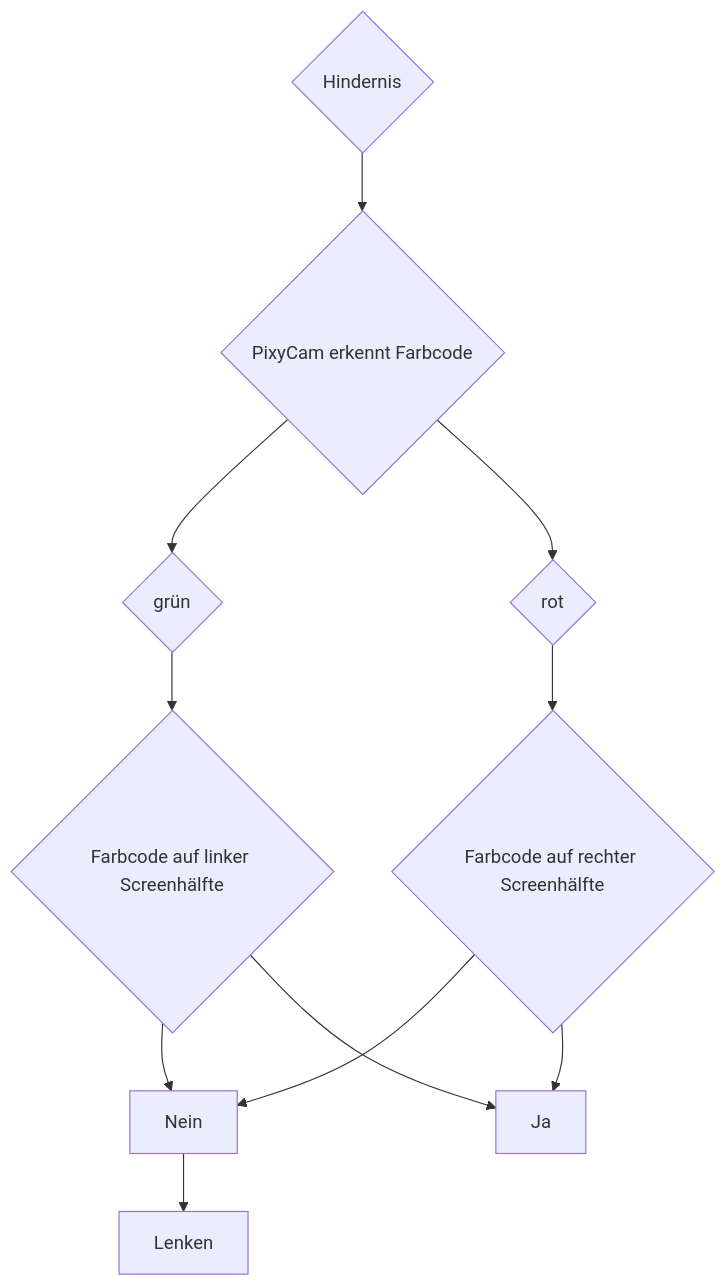
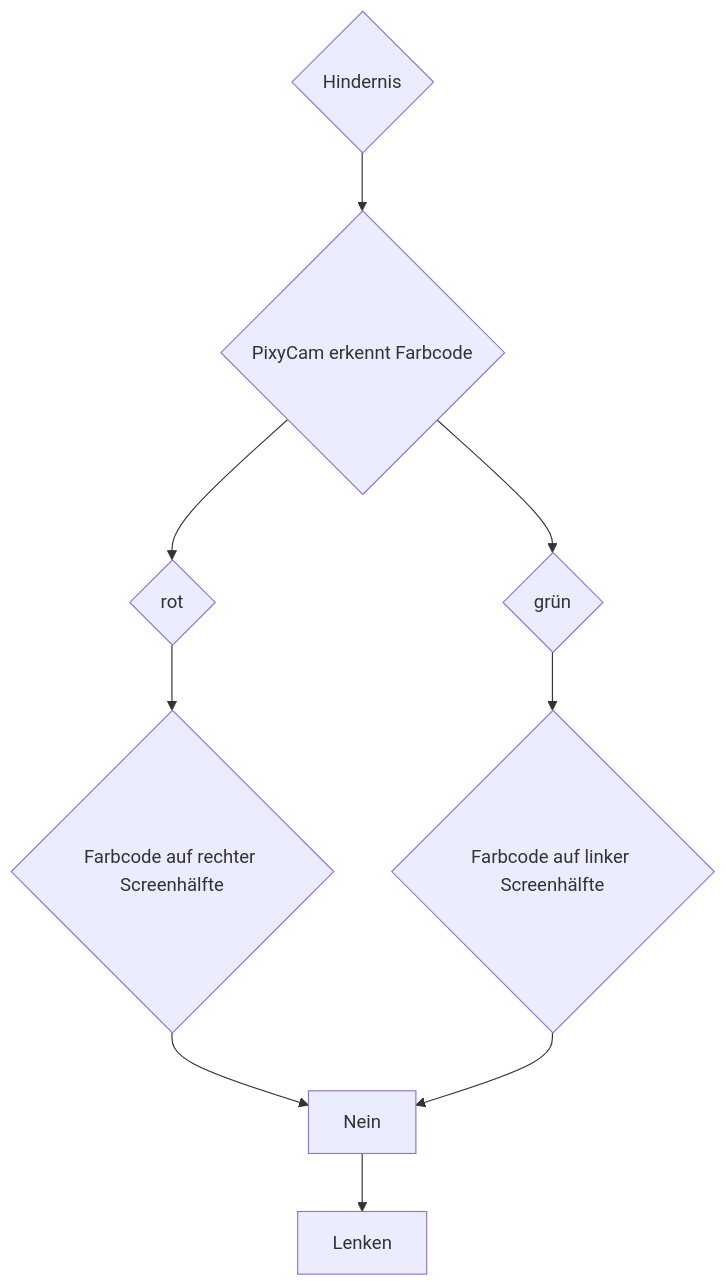
Before and after one commit to SchroedingersBit/PfortGTPanama: the diagram in Programme/Hindernisrennen/README.md, drawn with Mermaid.

````diff
--- a/Programme/Hindernisrennen/README.md
+++ b/Programme/Hindernisrennen/README.md
@@ -4,10 +4,9 @@
 ```mermaid
 graph TB;
 A{Hindernis} -->B{PixyCam erkennt Farbcode};
 B-->E{grün}-->C1{Farbcode auf linker Screenhälfte};
 B-->C{rot}-->C2{Farbcode auf rechter Screenhälfte};
 C2 --> Nein; C1 --> Nein;
 Nein --> Lenken;
-C1 --> Ja;
-C2 --> Ja;
+
 ```
````
